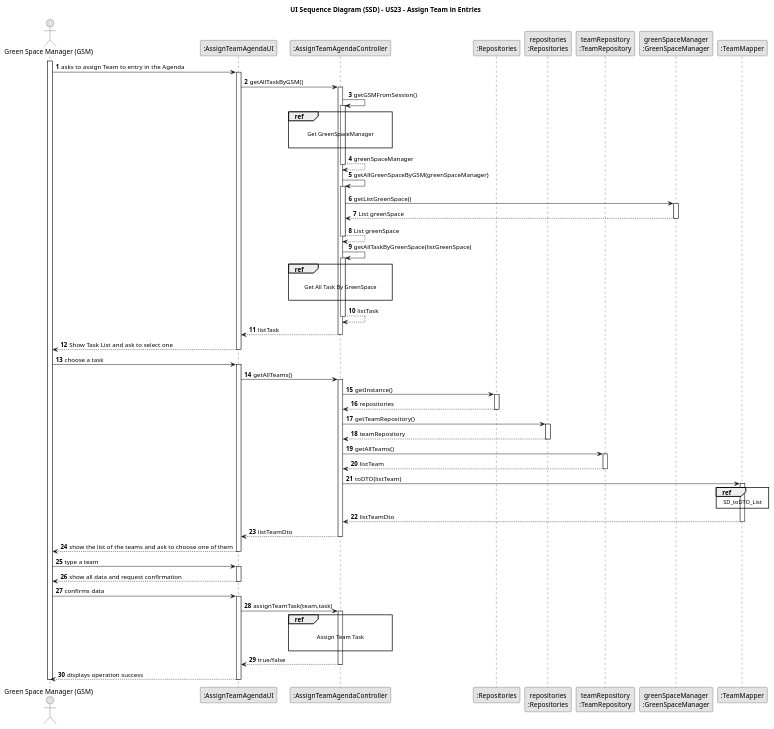
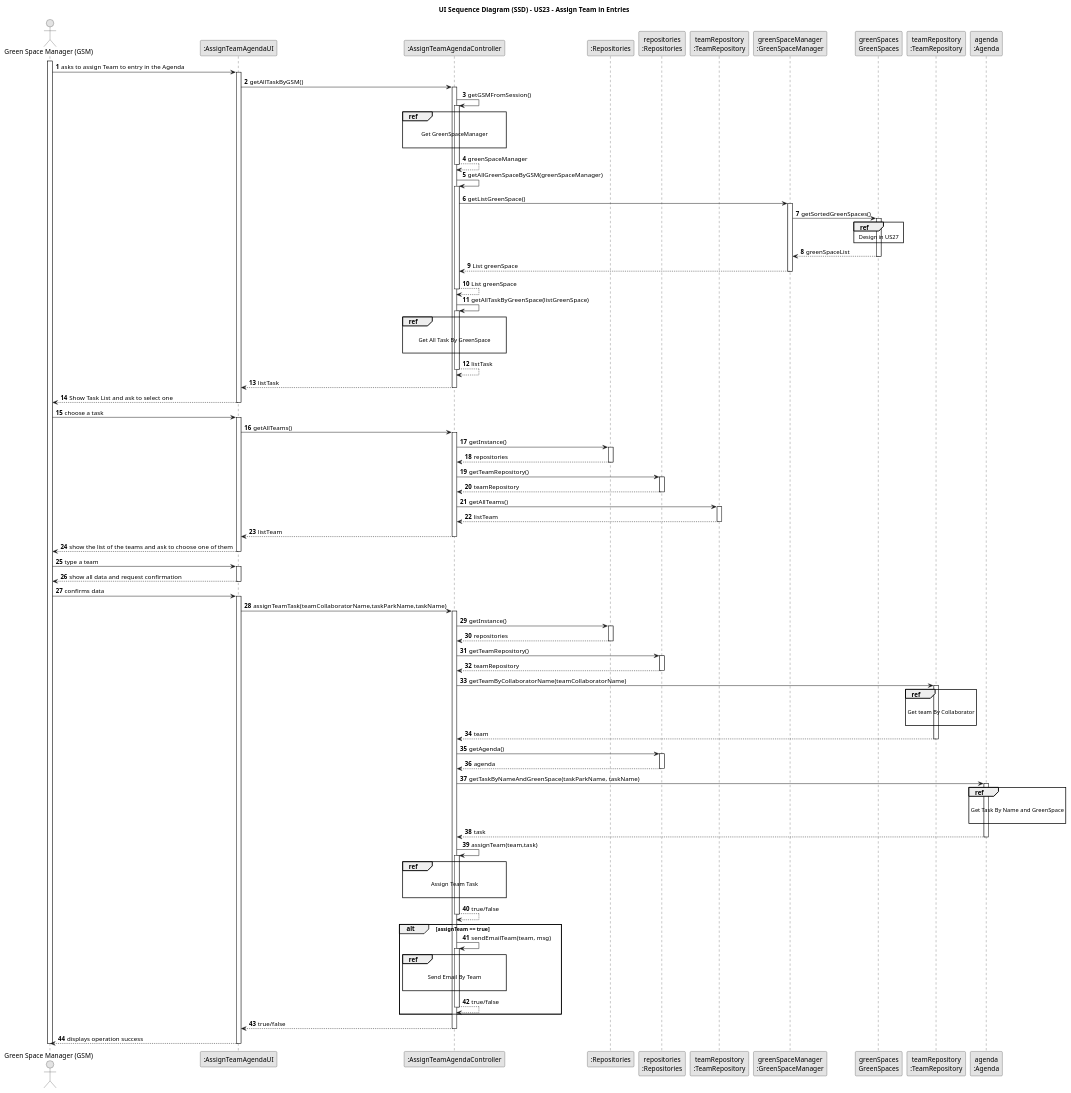
The diagram in docs/sprint3/us23/03.design/puml/us23-sequence-diagram.puml (Departamento-de-Engenharia-Informatica/lei-24-s2-1db-g022), drawn with PlantUML before and after one commit. The commit also changed 22 other files, not shown here.

```diff
--- a/docs/sprint3/us23/03.design/puml/us23-sequence-diagram.puml
+++ b/docs/sprint3/us23/03.design/puml/us23-sequence-diagram.puml
@@ -16,9 +16,9 @@
 participant "repositories\n:Repositories" as PLAT
 participant "teamRepository\n:TeamRepository" as TR
 participant "greenSpaceManager\n:GreenSpaceManager" as GSMO
-participant ":TeamMapper" as TEAMMP
-
-
+participant "greenSpaces\nGreenSpaces" as GREENSPACES
+participant "teamRepository\n:TeamRepository" as TEAMREPO
+participant "agenda\n:Agenda" as AGENDA
 
 activate GSM	
 
@@ -49,8 +49,18 @@
 activate CTRL
 
 CTRL -> GSMO : getListGreenSpace()
+activate GSMO
 
-activate GSMO
+GSMO -> GREENSPACES : getSortedGreenSpaces()
+
+activate GREENSPACES
+
+ref over GREENSPACES
+Design in US27
+end ref
+
+GREENSPACES --> GSMO : greenSpaceList
+deactivate GREENSPACES
 
 GSMO --> CTRL : List greenSpace
 
@@ -113,21 +123,18 @@
 
 deactivate TR
 
-CTRL -> TEAMMP : toDTO(listTeam)
+'CTRL -> TEAMMP : toDTO(listTeam)
 
-activate TEAMMP
+'activate TEAMMP
 
-ref over TEAMMP
-    SD_toDTO_List
-end
+'ref over TEAMMP
+'    SD_toDTO_List
+'end
 
-TEAMMP --> CTRL : listTeamDto
-
-deactivate TEAMMP
-
-CTRL --> UI : listTeamDto
+'TEAMMP --> CTRL : listTeamDto
 
 
+CTRL --> UI : listTeam
 
 deactivate CTRL
 
@@ -147,13 +154,91 @@
 
 activate UI
 
-UI -> CTRL: assignTeamTask(team,task)
+UI -> CTRL: assignTeamTask(teamCollaboratorName,taskParkName,taskName)
+
+activate CTRL
+
+CTRL -> RepositorySingleton : getInstance()
+
+activate RepositorySingleton
+
+RepositorySingleton --> CTRL : repositories
+
+deactivate RepositorySingleton
+
+CTRL -> PLAT : getTeamRepository()
+
+activate PLAT
+
+PLAT --> CTRL: teamRepository
+
+deactivate PLAT
+
+CTRL -> TEAMREPO : getTeamByCollaboratorName(teamCollaboratorName)
+
+activate TEAMREPO
+
+ref over TEAMREPO
+
+Get team By Collaborator
+
+end
+
+TEAMREPO --> CTRL : team
+
+deactivate TEAMREPO
+
+CTRL -> PLAT : getAgenda()
+
+activate PLAT
+
+PLAT --> CTRL: agenda
+
+deactivate PLAT
+
+CTRL -> AGENDA : getTaskByNameAndGreenSpace(taskParkName, taskName)
+
+activate AGENDA
+
+ref over AGENDA
+
+Get Task By Name and GreenSpace
+
+end
+
+AGENDA --> CTRL : task
+
+deactivate AGENDA
+
+CTRL -> CTRL : assignTeam(team,task)
 
 activate CTRL
 
 ref over CTRL
 
 Assign Team Task
+
+end
+
+CTRL --> CTRL : true/false
+
+deactivate CTRL
+
+alt assignTeam == true
+
+CTRL -> CTRL : sendEmailTeam(team, msg)
+
+activate CTRL
+
+ref over CTRL
+
+Send Email By Team
+
+end
+
+CTRL --> CTRL : true/false
+
+deactivate CTRL
 
 end
 
```
